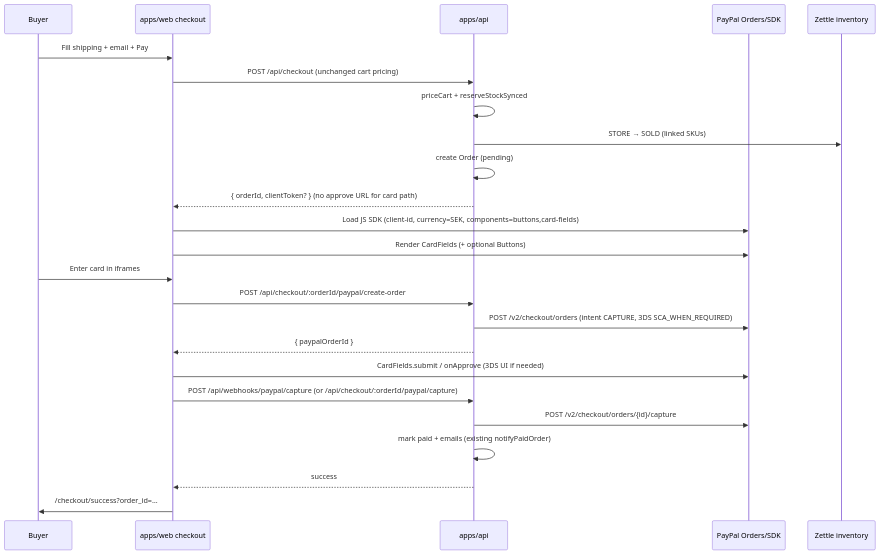
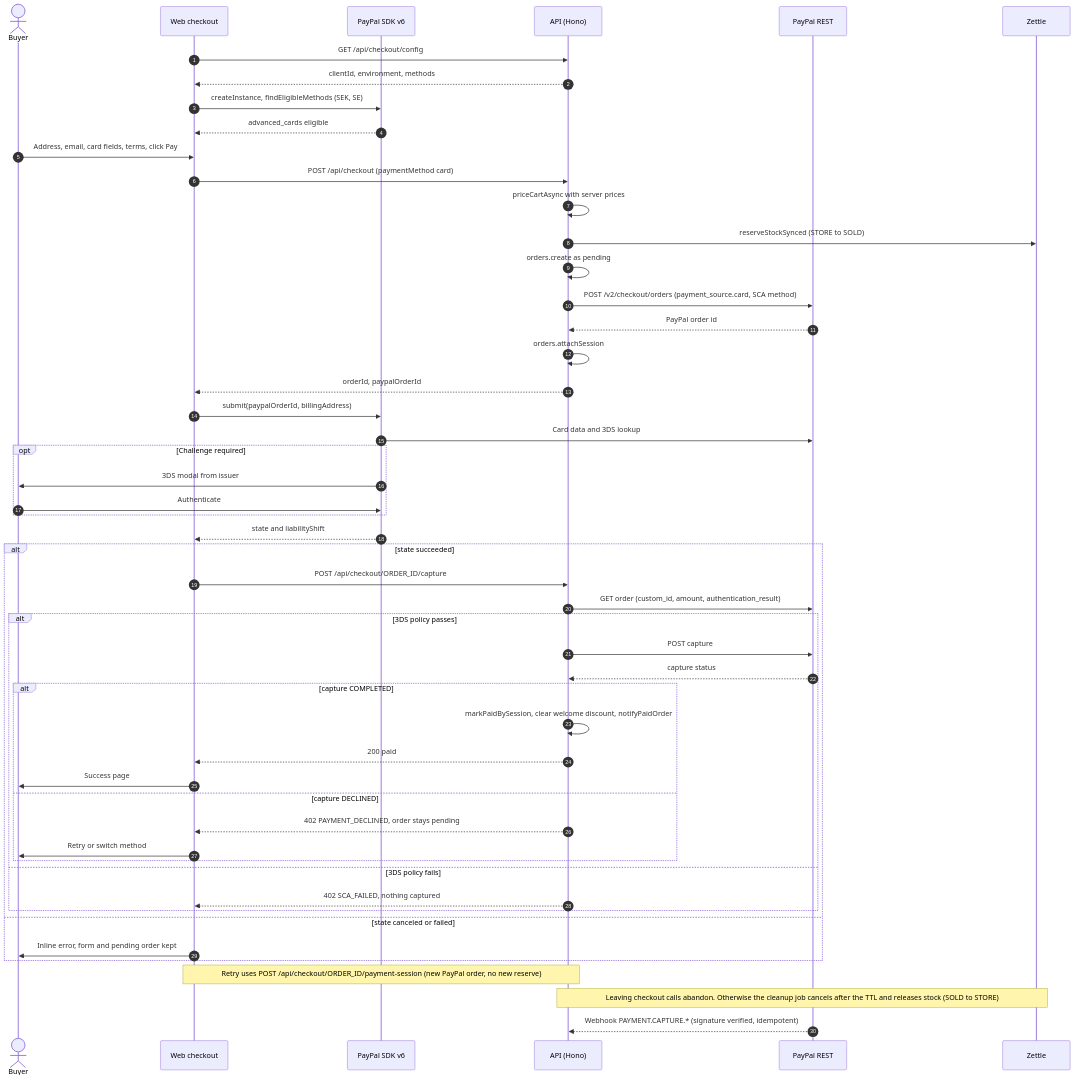
Before and after one commit to trustbubbleio-source/ecommerce-shop: the diagram in docs/paypal-advanced-checkout-buildplan.md, drawn with Mermaid. The commit also changed other lines of this file, not shown here.

Commit message:
Replace PayPal Advanced Checkout plan with SDK v6 research and Phase 0 hardening.

````diff
--- a/docs/paypal-advanced-checkout-buildplan.md
+++ b/docs/paypal-advanced-checkout-buildplan.md
@@ -72,28 +321,54 @@
 ```mermaid
 sequenceDiagram
-  participant Buyer
-  participant Web as apps/web checkout
-  participant API as apps/api
-  participant PP as PayPal Orders/SDK
-  participant Z as Zettle inventory
+  autonumber
+  actor B as Buyer
+  participant W as Web checkout
+  participant S as PayPal SDK v6
+  participant A as API (Hono)
+  participant P as PayPal REST
+  participant Z as Zettle
 
-  Buyer->>Web: Fill shipping + email + Pay
-  Web->>API: POST /api/checkout (unchanged cart pricing)
-  API->>API: priceCart + reserveStockSynced
-  API->>Z: STORE → SOLD (linked SKUs)
-  API->>API: create Order (pending)
-  API-->>Web: { orderId, clientToken? }  (no approve URL for card path)
-
-  Web->>PP: Load JS SDK (client-id, currency=SEK, components=buttons,card-fields)
-  Web->>PP: Render CardFields (+ optional Buttons)
-  Buyer->>Web: Enter card in iframes
-  Web->>API: POST /api/checkout/:orderId/paypal/create-order
-  API->>PP: POST /v2/checkout/orders (intent CAPTURE, 3DS SCA_WHEN_REQUIRED)
-  API-->>Web: { paypalOrderId }
-  Web->>PP: CardFields.submit / onApprove (3DS UI if needed)
-  Web->>API: POST /api/webhooks/paypal/capture (or /api/checkout/:orderId/paypal/capture)
-  API->>PP: POST /v2/checkout/orders/{id}/capture
-  API->>API: mark paid + emails (existing notifyPaidOrder)
-  API-->>Web: success
-  Web->>Buyer: /checkout/success?order_id=…
+  W->>A: GET /api/checkout/config
+  A-->>W: clientId, environment, methods
+  W->>S: createInstance, findEligibleMethods (SEK, SE)
+  S-->>W: advanced_cards eligible
+  B->>W: Address, email, card fields, terms, click Pay
+  W->>A: POST /api/checkout (paymentMethod card)
+  A->>A: priceCartAsync with server prices
+  A->>Z: reserveStockSynced (STORE to SOLD)
+  A->>A: orders.create as pending
+  A->>P: POST /v2/checkout/orders (payment_source.card, SCA method)
+  P-->>A: PayPal order id
+  A->>A: orders.attachSession
+  A-->>W: orderId, paypalOrderId
+  W->>S: submit(paypalOrderId, billingAddress)
+  S->>P: Card data and 3DS lookup
+  opt Challenge required
+    S->>B: 3DS modal from issuer
+    B->>S: Authenticate
+  end
+  S-->>W: state and liabilityShift
+  alt state succeeded
+    W->>A: POST /api/checkout/ORDER_ID/capture
+    A->>P: GET order (custom_id, amount, authentication_result)
+    alt 3DS policy passes
+      A->>P: POST capture
+      P-->>A: capture status
+      alt capture COMPLETED
+        A->>A: markPaidBySession, clear welcome discount, notifyPaidOrder
+        A-->>W: 200 paid
+        W->>B: Success page
+      else capture DECLINED
+        A-->>W: 402 PAYMENT_DECLINED, order stays pending
+        W->>B: Retry or switch method
+      end
+    else 3DS policy fails
+      A-->>W: 402 SCA_FAILED, nothing captured
+    end
+  else state canceled or failed
+    W->>B: Inline error, form and pending order kept
+  end
+  Note over W,A: Retry uses POST /api/checkout/ORDER_ID/payment-session (new PayPal order, no new reserve)
+  Note over A,Z: Leaving checkout calls abandon. Otherwise the cleanup job cancels after the TTL and releases stock (SOLD to STORE)
+  P-->>A: Webhook PAYMENT.CAPTURE.* (signature verified, idempotent)
 ```
````
